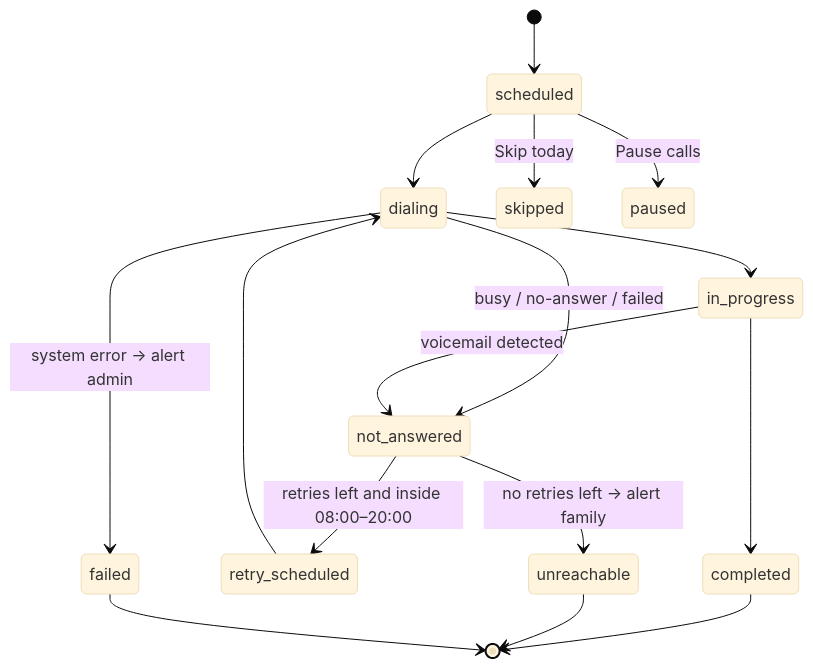
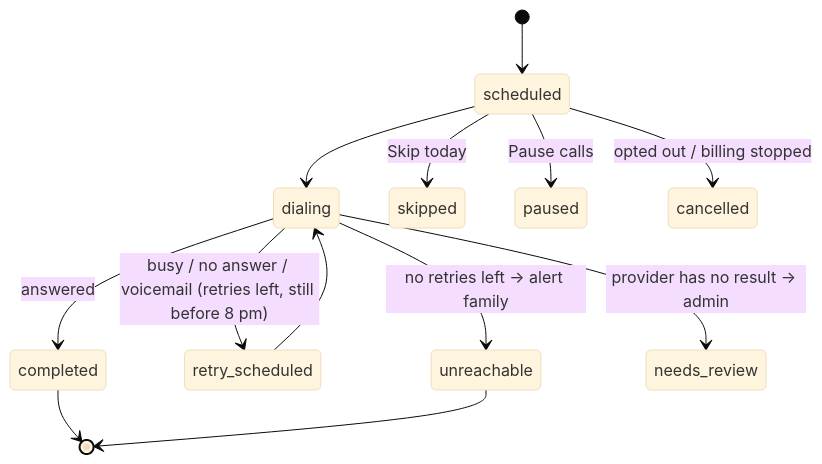
The second of 2 diagrams in docs/ARCHITECTURE.md (winnerghost/khairiyat), drawn with Mermaid (base theme) before and after one commit. The commit also changed other lines of this file and 27 other files, not shown here.

````diff
--- a/docs/ARCHITECTURE.md
+++ b/docs/ARCHITECTURE.md
@@ -94,18 +91,15 @@
 ```mermaid
 stateDiagram-v2
   [*] --> scheduled
   scheduled --> dialing
-  dialing --> in_progress
-  dialing --> not_answered: busy / no-answer / failed
-  in_progress --> completed
-  in_progress --> not_answered: voicemail detected
-  not_answered --> retry_scheduled: retries left and inside 08:00–20:00
+  dialing --> completed: answered
+  dialing --> retry_scheduled: busy / no answer / voicemail (retries left, still before 8 pm)
   retry_scheduled --> dialing
-  not_answered --> unreachable: no retries left → alert family
-  dialing --> failed: system error → alert admin
+  dialing --> unreachable: no retries left → alert family
+  dialing --> needs_review: provider has no result → admin
   scheduled --> skipped: Skip today
   scheduled --> paused: Pause calls
+  scheduled --> cancelled: opted out / billing stopped
   completed --> [*]
   unreachable --> [*]
-  failed --> [*]
 ```
````
